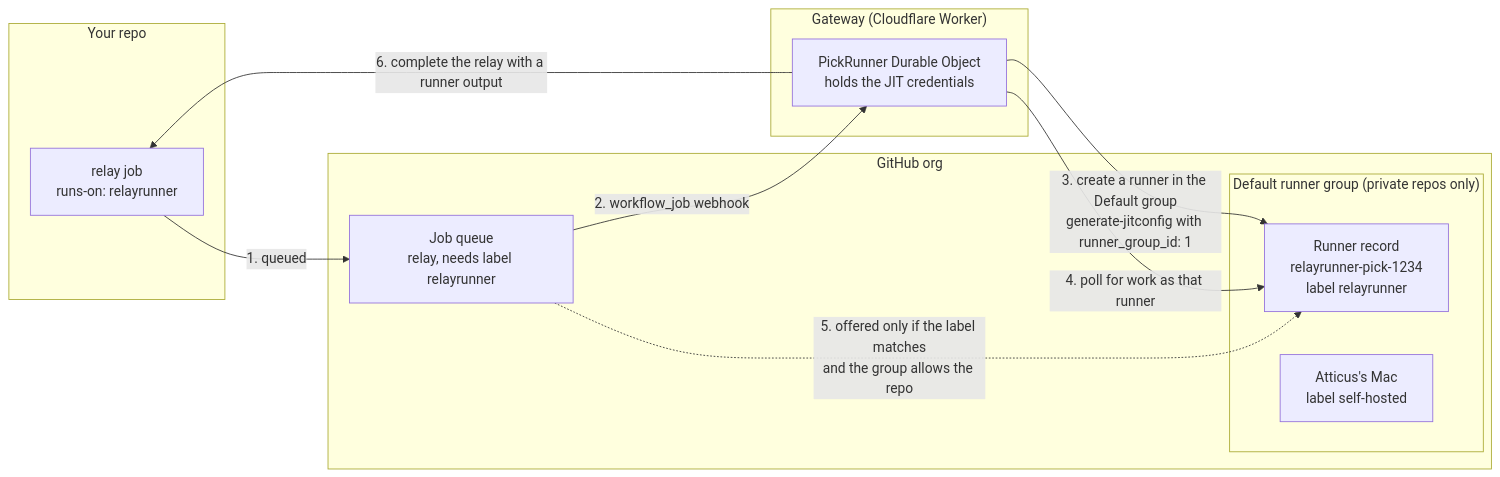
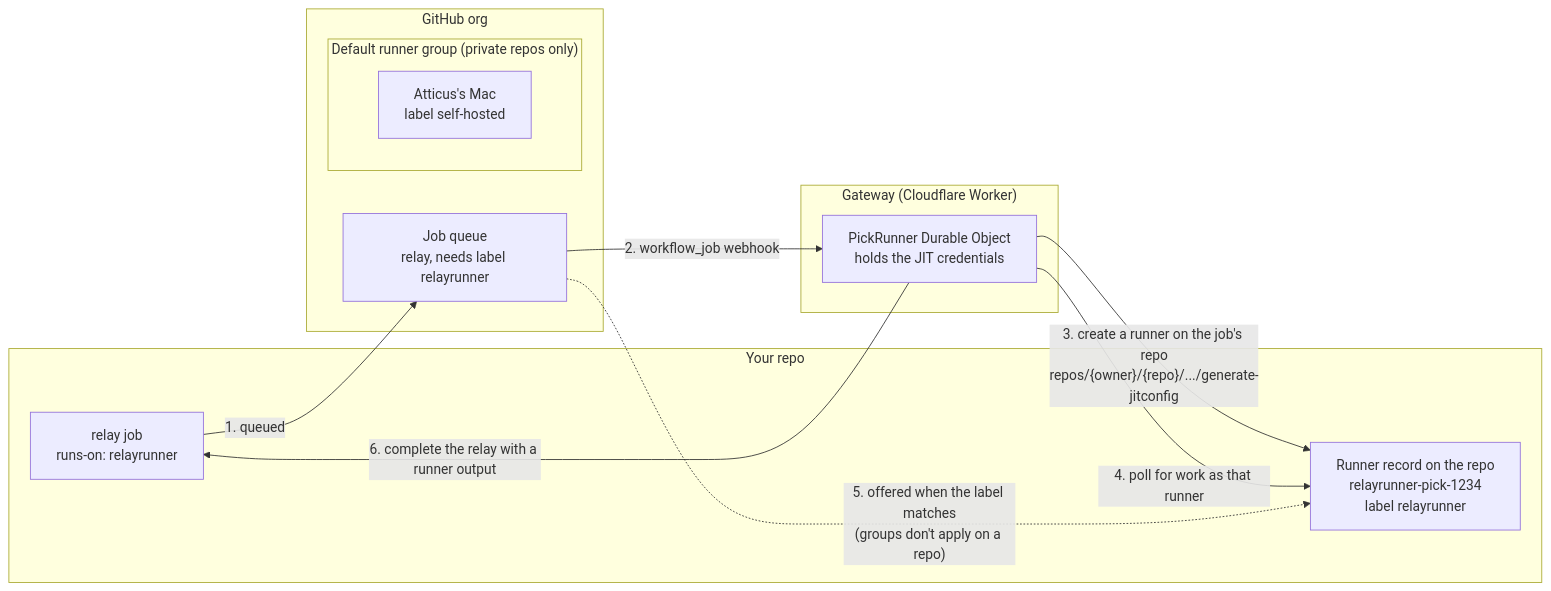
One commit to relayrunner/relayrunner changed the first of 7 diagrams in docs/architecture/pick-runner.md. Above: the diagram before and after it, drawn with Mermaid. The commit also changed other lines of this file and 8 other files, not shown here.

First line of the commit message:
fix(api): register pick runners on the job's repo, so org runner groups don't block relays

````diff
--- a/docs/architecture/pick-runner.md
+++ b/docs/architecture/pick-runner.md
@@ -20,22 +20,22 @@
 ```mermaid
 flowchart LR
   subgraph repo["Your repo"]
     R["relay job<br/>runs-on: relayrunner"]
+    Rec["Runner record on the repo<br/>relayrunner-pick-1234<br/>label relayrunner"]
   end
   subgraph gh["GitHub org"]
     Q["Job queue<br/>relay, needs label relayrunner"]
     subgraph def["Default runner group (private repos only)"]
-      Rec["Runner record<br/>relayrunner-pick-1234<br/>label relayrunner"]
       Mac["Atticus's Mac<br/>label self-hosted"]
     end
   end
   subgraph gw["Gateway (Cloudflare Worker)"]
     P["PickRunner Durable Object<br/>holds the JIT credentials"]
   end
   R -- "1. queued" --> Q
   Q -- "2. workflow_job webhook" --> P
-  P -- "3. create a runner in the Default group<br/>generate-jitconfig with runner_group_id: 1" --> Rec
+  P -- "3. create a runner on the job's repo<br/>repos/{owner}/{repo}/.../generate-jitconfig" --> Rec
   P -- "4. poll for work as that runner" --> Rec
-  Q -. "5. offered only if the label matches<br/>and the group allows the repo" .-> Rec
+  Q -. "5. offered when the label matches<br/>(groups don't apply on a repo)" .-> Rec
   P -- "6. complete the relay with a runner output" --> R
 ```
````
